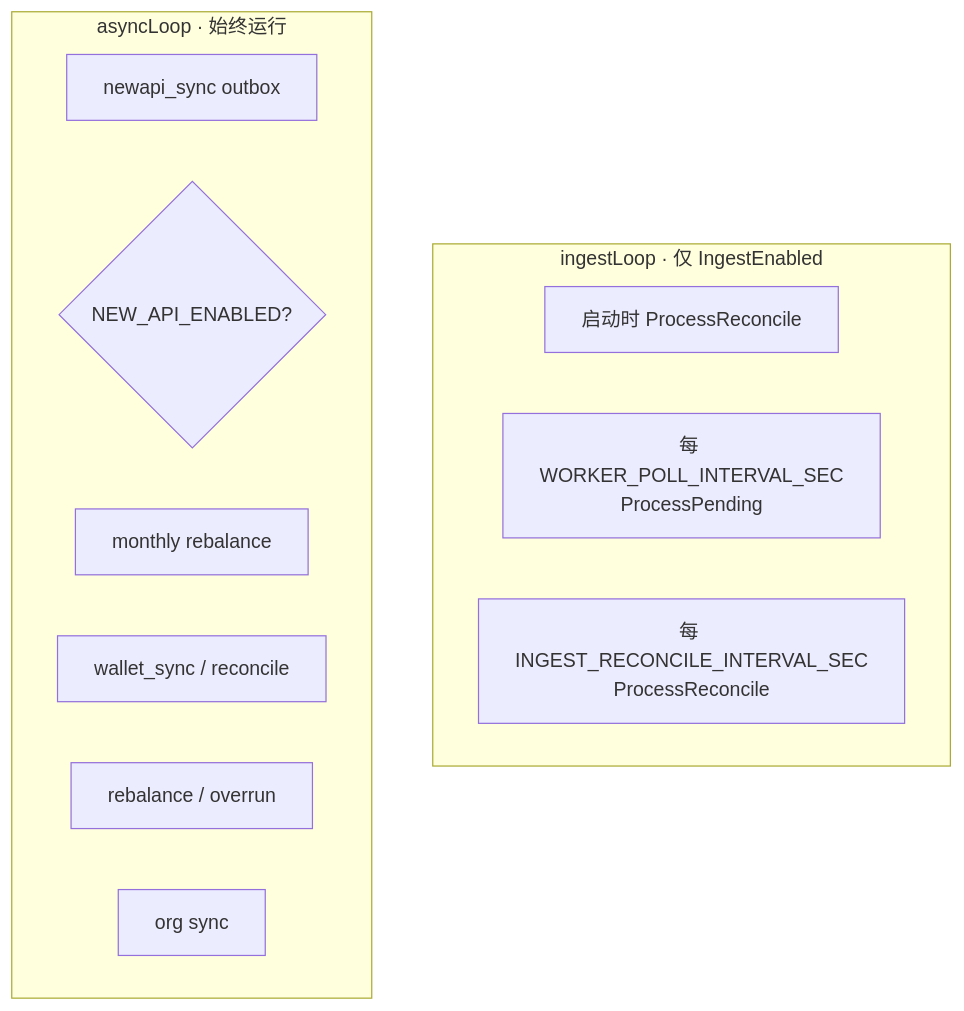
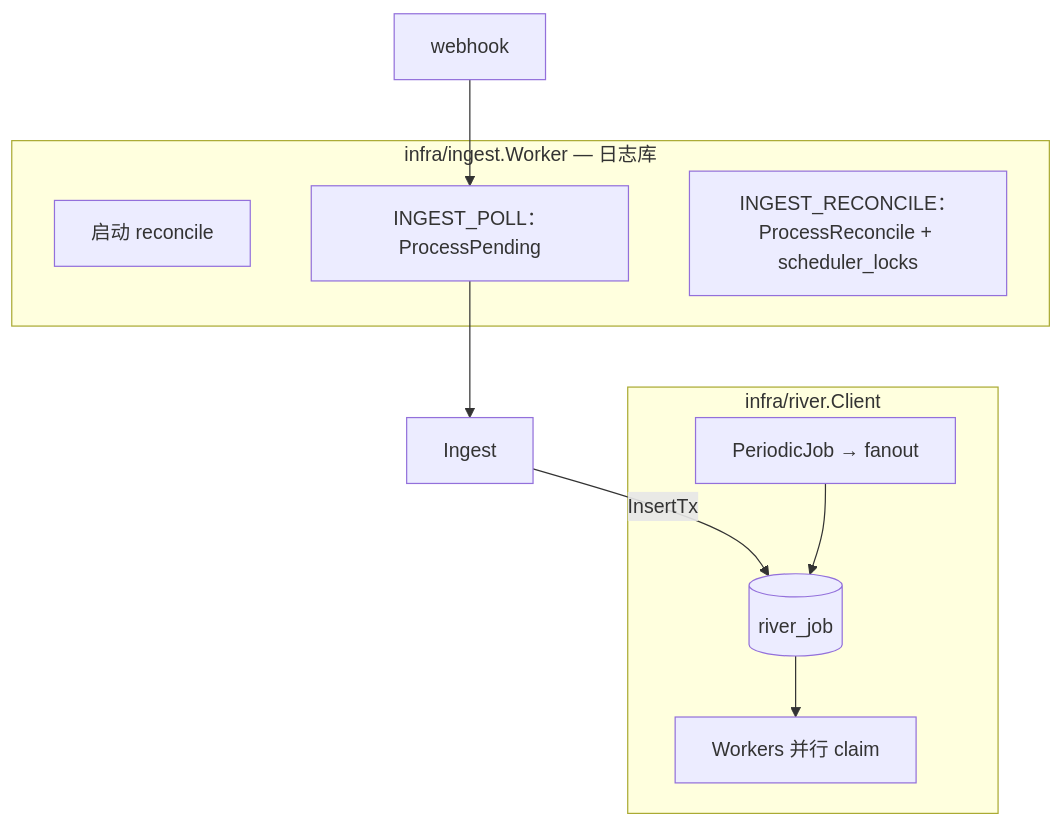
Before and after one commit to quyip8818/mytokenjoy: the seventh of 9 diagrams in docs/Backend-Ingest架构.md, drawn with Mermaid. The commit also changed other lines of this file and 112 other files, not shown here.

````diff
--- a/docs/Backend-Ingest架构.md
+++ b/docs/Backend-Ingest架构.md
@@ -303,17 +305,17 @@
 ```mermaid
 flowchart TB
-  subgraph ingestLoop [ingestLoop · 仅 IngestEnabled]
-    RC0[启动时 ProcessReconcile]
-    T1[每 WORKER_POLL_INTERVAL_SEC<br/>ProcessPending]
-    T2[每 INGEST_RECONCILE_INTERVAL_SEC<br/>ProcessReconcile]
+  subgraph ingest [infra/ingest.Worker — 日志库]
+    RC0[启动 reconcile]
+    T1[INGEST_POLL：ProcessPending]
+    T2[INGEST_RECONCILE：ProcessReconcile + scheduler_locks]
   end
 
-  subgraph asyncLoop [asyncLoop · 始终运行]
-    OB[newapi_sync outbox]
-    NA{NEW_API_ENABLED?}
-    MR[monthly rebalance]
-    WS[wallet_sync / reconcile]
-    RB[rebalance / overrun]
-    OS[org sync]
+  subgraph river [infra/river.Client]
+    RJ[(river_job)]
+    PER[PeriodicJob → fanout]
+    W[Workers 并行 claim]
   end
+
+  WH[webhook] --> T1 --> ING[Ingest] -->|InsertTx| RJ
+  PER --> RJ --> W
 ```
````
